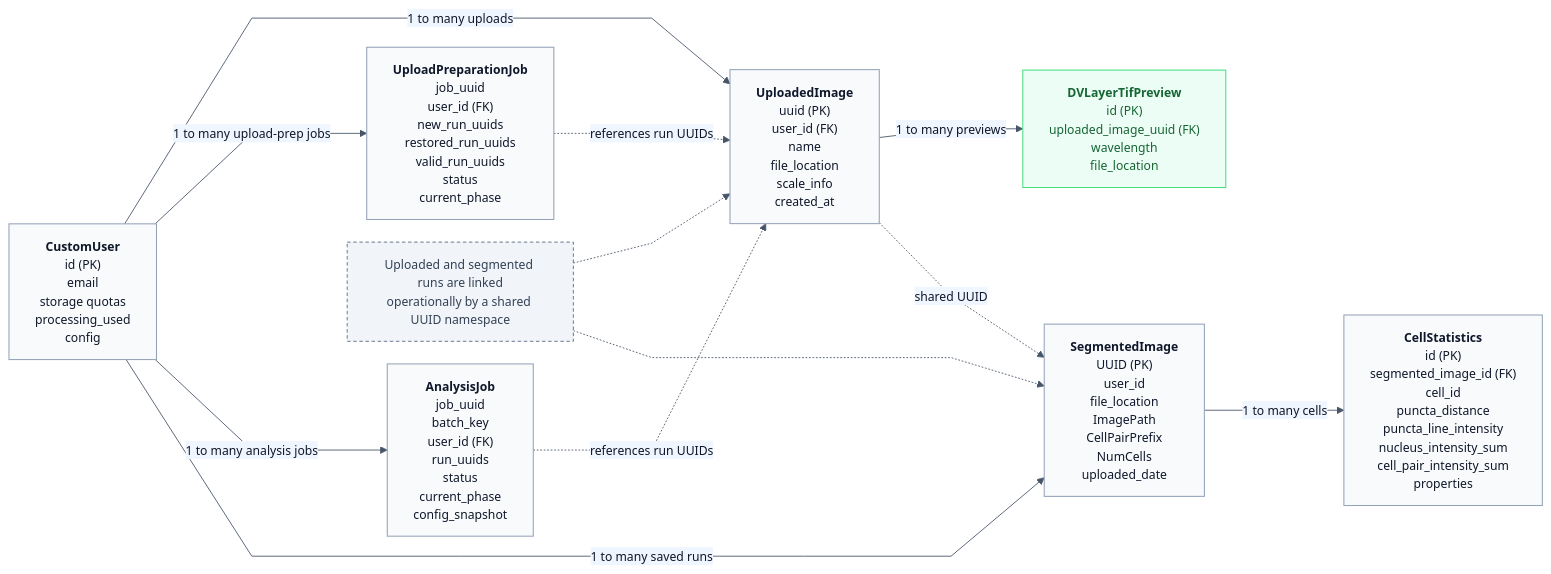
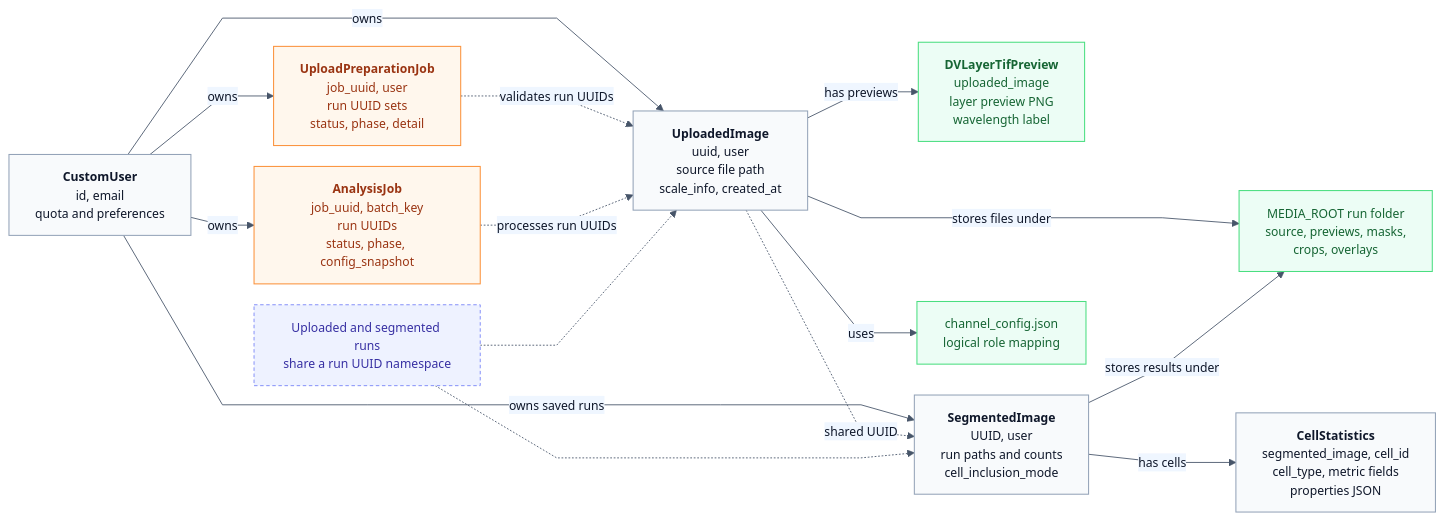
The diagram in docs/diagrams/11-data-model.mmd (BrentLagesse/CytoCV), drawn with Mermaid before and after one commit. The commit also changed 44 other files, not shown here.

```diff
--- a/docs/diagrams/11-data-model.mmd
+++ b/docs/diagrams/11-data-model.mmd
@@ -1,30 +1,37 @@
-%%{init: {"theme":"base","themeVariables":{"background":"#ffffff","primaryColor":"#f8fafc","primaryBorderColor":"#94a3b8","primaryTextColor":"#0f172a","secondaryColor":"#eff6ff","tertiaryColor":"#eef2ff","lineColor":"#475569","fontFamily":"Helvetica","fontSize":"14px"},"flowchart":{"htmlLabels":true,"curve":"linear","nodeSpacing":26,"rankSpacing":38}}}%%
+%%{init: {"theme":"base","themeVariables":{"background":"#ffffff","primaryColor":"#f8fafc","primaryBorderColor":"#94a3b8","primaryTextColor":"#0f172a","secondaryColor":"#eff6ff","tertiaryColor":"#eef2ff","lineColor":"#475569","fontFamily":"Arial","fontSize":"14px","clusterBorder":"#cbd5e1","clusterBkg":"#ffffff"},"flowchart":{"htmlLabels":true,"curve":"linear","nodeSpacing":24,"rankSpacing":38}}}%%
 flowchart LR
     classDef entity fill:#f8fafc,stroke:#94a3b8,color:#0f172a,stroke-width:1.2px;
+    classDef job fill:#fff7ed,stroke:#fb923c,color:#9a3412,stroke-width:1.2px;
     classDef support fill:#ecfdf5,stroke:#4ade80,color:#166534,stroke-width:1.2px;
-    classDef note fill:#f1f5f9,stroke:#64748b,color:#334155,stroke-width:1.1px,stroke-dasharray: 4 3;
+    classDef note fill:#eef2ff,stroke:#818cf8,color:#3730a3,stroke-width:1.1px,stroke-dasharray: 4 3;
 
-    user["<b>CustomUser</b><br/>id (PK)<br/>email<br/>storage quotas<br/>processing_used<br/>config"]
-    upload["<b>UploadedImage</b><br/>uuid (PK)<br/>user_id (FK)<br/>name<br/>file_location<br/>scale_info<br/>created_at"]
-    upload_job["<b>UploadPreparationJob</b><br/>job_uuid<br/>user_id (FK)<br/>new_run_uuids<br/>restored_run_uuids<br/>valid_run_uuids<br/>status<br/>current_phase"]
-    analysis_job["<b>AnalysisJob</b><br/>job_uuid<br/>batch_key<br/>user_id (FK)<br/>run_uuids<br/>status<br/>current_phase<br/>config_snapshot"]
-    preview["<b>DVLayerTifPreview</b><br/>id (PK)<br/>uploaded_image_uuid (FK)<br/>wavelength<br/>file_location"]
-    result["<b>SegmentedImage</b><br/>UUID (PK)<br/>user_id<br/>file_location<br/>ImagePath<br/>CellPairPrefix<br/>NumCells<br/>uploaded_date"]
-    stats["<b>CellStatistics</b><br/>id (PK)<br/>segmented_image_id (FK)<br/>cell_id<br/>puncta_distance<br/>puncta_line_intensity<br/>nucleus_intensity_sum<br/>cell_pair_intensity_sum<br/>properties"]
-    uuid_link["Uploaded and segmented runs are linked<br/>operationally by a shared UUID namespace"]
+    user["<b>CustomUser</b><br/>id, email<br/>quota and preferences"]
+    upload["<b>UploadedImage</b><br/>uuid, user<br/>source file path<br/>scale_info, created_at"]
+    prep["<b>UploadPreparationJob</b><br/>job_uuid, user<br/>run UUID sets<br/>status, phase, detail"]
+    analysis["<b>AnalysisJob</b><br/>job_uuid, batch_key<br/>run UUIDs<br/>status, phase, config_snapshot"]
+    preview["<b>DVLayerTifPreview</b><br/>uploaded_image<br/>layer preview PNG<br/>wavelength label"]
+    segmented["<b>SegmentedImage</b><br/>UUID, user<br/>run paths and counts<br/>cell_inclusion_mode"]
+    stats["<b>CellStatistics</b><br/>segmented_image, cell_id<br/>cell_type, metric fields<br/>properties JSON"]
+    channel["channel_config.json<br/>logical role mapping"]
+    media["MEDIA_ROOT run folder<br/>source, previews, masks,<br/>crops, overlays"]
+    link["Uploaded and segmented runs<br/>share a run UUID namespace"]
 
-    user -- "1 to many uploads" --> upload
-    user -- "1 to many upload-prep jobs" --> upload_job
-    user -- "1 to many analysis jobs" --> analysis_job
-    upload_job -. "references run UUIDs" .-> upload
-    analysis_job -. "references run UUIDs" .-> upload
-    upload -- "1 to many previews" --> preview
-    user -- "1 to many saved runs" --> result
-    result -- "1 to many cells" --> stats
-    upload -. "shared UUID" .-> result
-    uuid_link -.-> upload
-    uuid_link -.-> result
+    user -- "owns" --> upload
+    user -- "owns" --> prep
+    user -- "owns" --> analysis
+    user -- "owns saved runs" --> segmented
+    upload -- "has previews" --> preview
+    upload -- "uses" --> channel
+    upload -- "stores files under" --> media
+    prep -. "validates run UUIDs" .-> upload
+    analysis -. "processes run UUIDs" .-> upload
+    upload -. "shared UUID" .-> segmented
+    segmented -- "has cells" --> stats
+    segmented -- "stores results under" --> media
+    link -.-> upload
+    link -.-> segmented
 
-    class user,upload,upload_job,analysis_job,result,stats entity
-    class preview support
-    class uuid_link note
+    class user,upload,segmented,stats entity
+    class prep,analysis job
+    class preview,channel,media support
+    class link note
```
